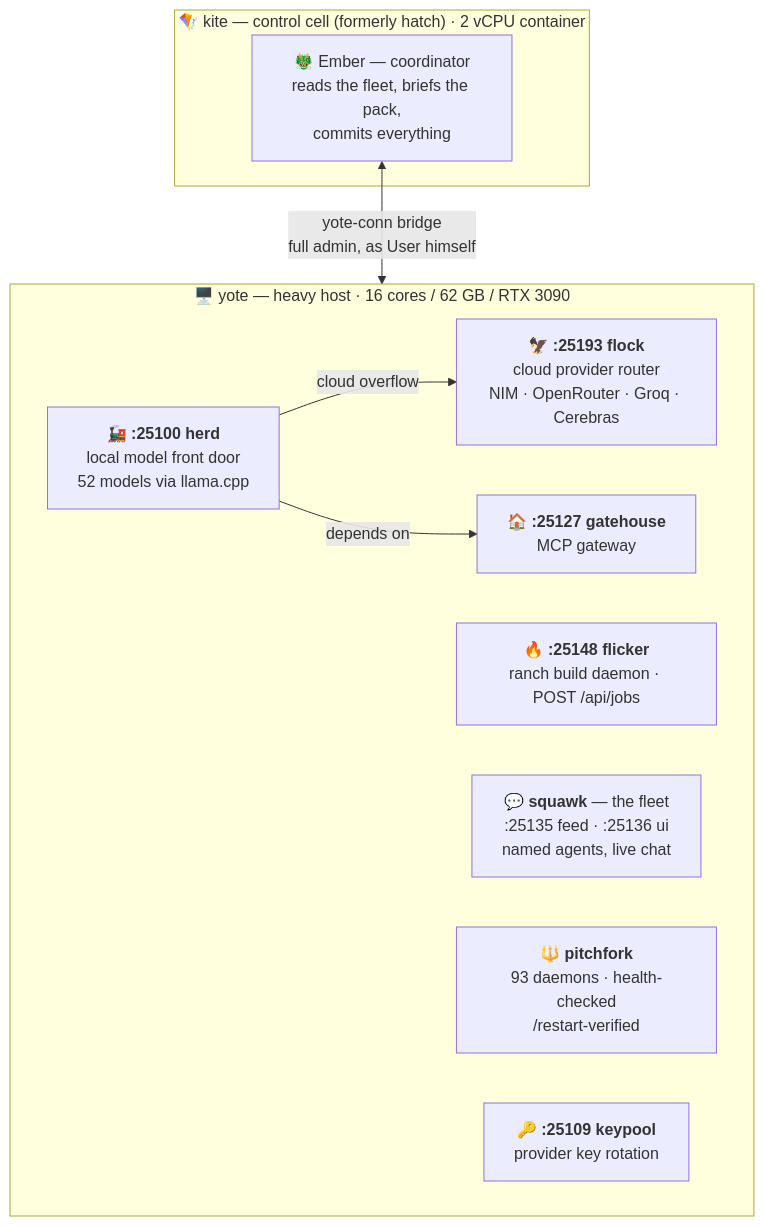
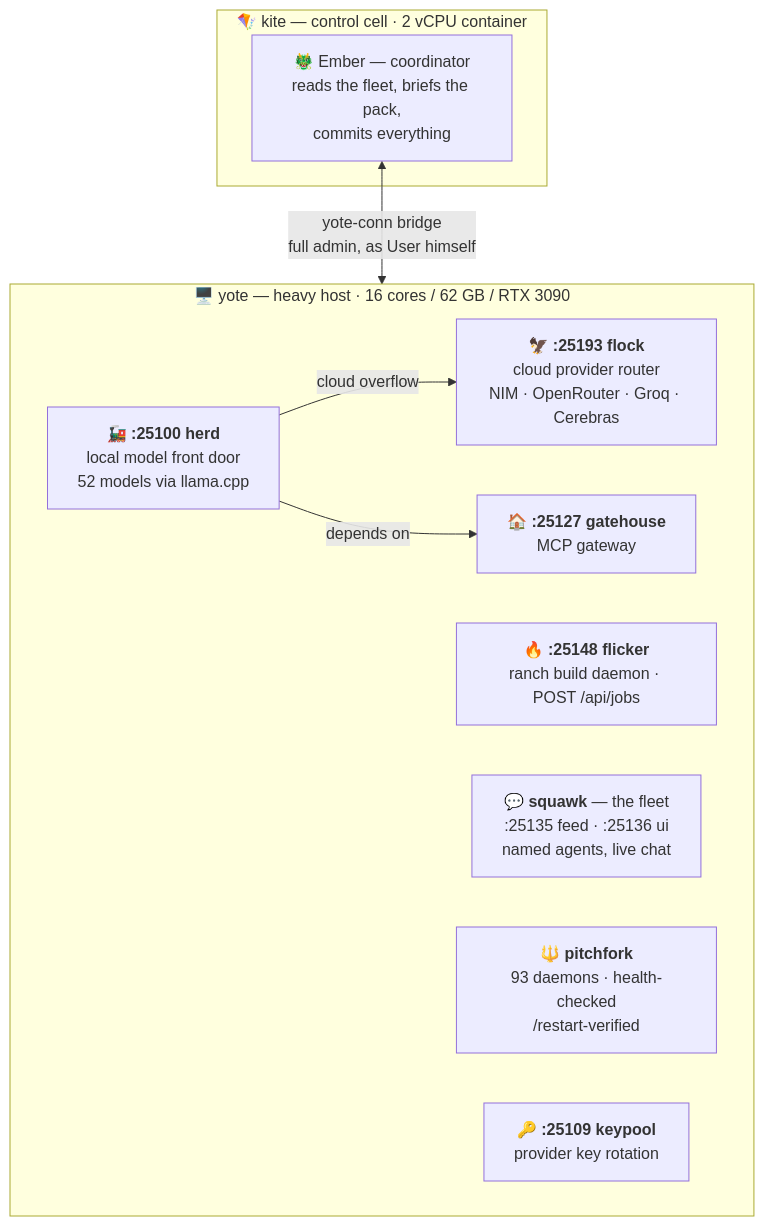
Before and after one commit to toxicwind/estate: the diagram in README.md, drawn with Mermaid. The commit also changed other lines of this file, not shown here.

Commit message:
README: naming direction corrected — kite is the real identity, hatch is the dodge name (ferret-den decoupled-naming doctrine)

````diff
--- a/README.md
+++ b/README.md
@@ -28,18 +28,18 @@
 ```mermaid
 flowchart TB
-    subgraph kite["🪁 kite — control cell (formerly hatch) · 2 vCPU container"]
+    subgraph kite["🪁 kite — control cell · 2 vCPU container"]
         EMBER["🐲 Ember — coordinator\nreads the fleet, briefs the pack,\ncommits everything"]
     end
     subgraph yote["🖥️ yote — heavy host · 16 cores / 62 GB / RTX 3090"]
         HERD["🚂 <b>:25100 herd</b>\nlocal model front door\n52 models via llama.cpp"]
         FLOCK["🦅 <b>:25193 flock</b>\ncloud provider router\nNIM · OpenRouter · Groq · Cerebras"]
         FLK["🔥 <b>:25148 flicker</b>\nranch build daemon · POST /api/jobs"]
         GH["🏠 <b>:25127 gatehouse</b>\nMCP gateway"]
                 SQ["💬 <b>squawk</b> — the fleet\n:25135 feed · :25136 ui\nnamed agents, live chat"]
         PF["🔱 <b>pitchfork</b>\n93 daemons · health-checked\n/restart-verified"]
         KP["🔑 <b>:25109 keypool</b>\nprovider key rotation"]
         HERD -->|"cloud overflow"| FLOCK
         HERD -->|"depends on"| GH
     end
     EMBER <-->|"yote-conn bridge\nfull admin, as User himself"| yote
 ```
````
